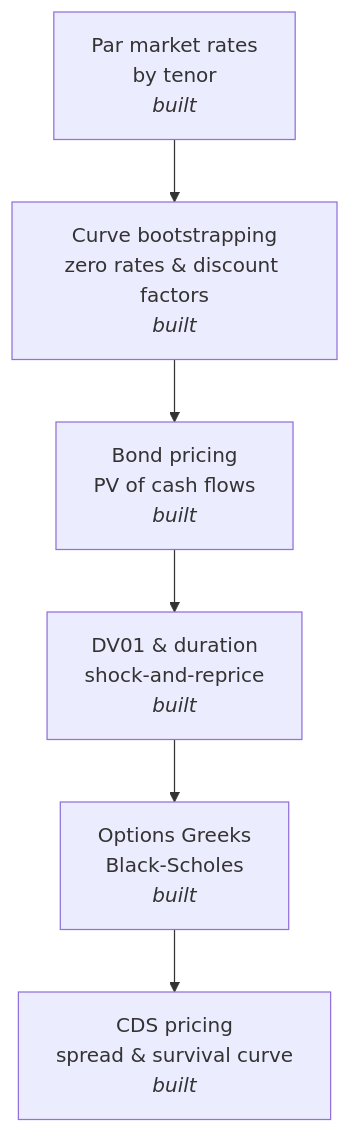
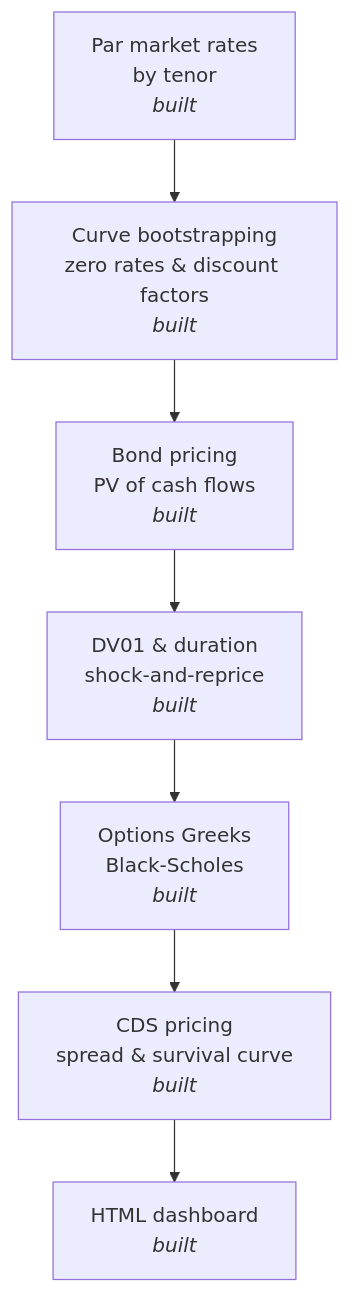
One commit to yuschajp/rates_derivatives_engine changed the diagram in README.md. Above: the diagram before and after it, drawn with Mermaid. The commit also changed other lines of this file and 2 other files, not shown here.

Commit message:
Add HTML dashboard combining curve, bond, options, and CDS into one view

````diff
--- a/README.md
+++ b/README.md
@@ -11,8 +11,9 @@
 ```mermaid
 flowchart TD
     A[Par market rates<br/>by tenor<br/><i>built</i>] --> B[Curve bootstrapping<br/>zero rates & discount factors<br/><i>built</i>]
     B --> C[Bond pricing<br/>PV of cash flows<br/><i>built</i>]
     C --> D[DV01 & duration<br/>shock-and-reprice<br/><i>built</i>]
     D --> E[Options Greeks<br/>Black-Scholes<br/><i>built</i>]
     E --> F[CDS pricing<br/>spread & survival curve<br/><i>built</i>]
+    F --> G[HTML dashboard<br/><i>built</i>]
 ```
````
